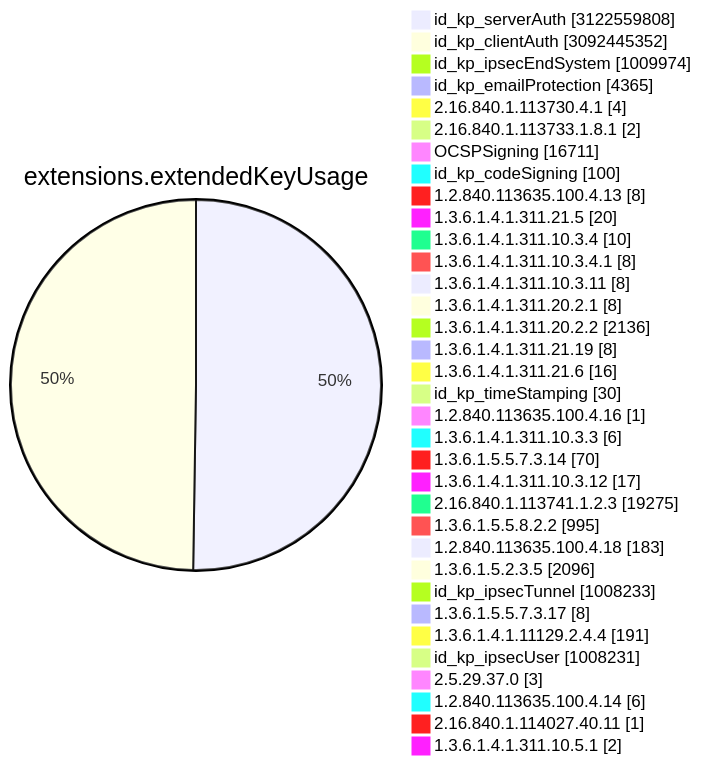
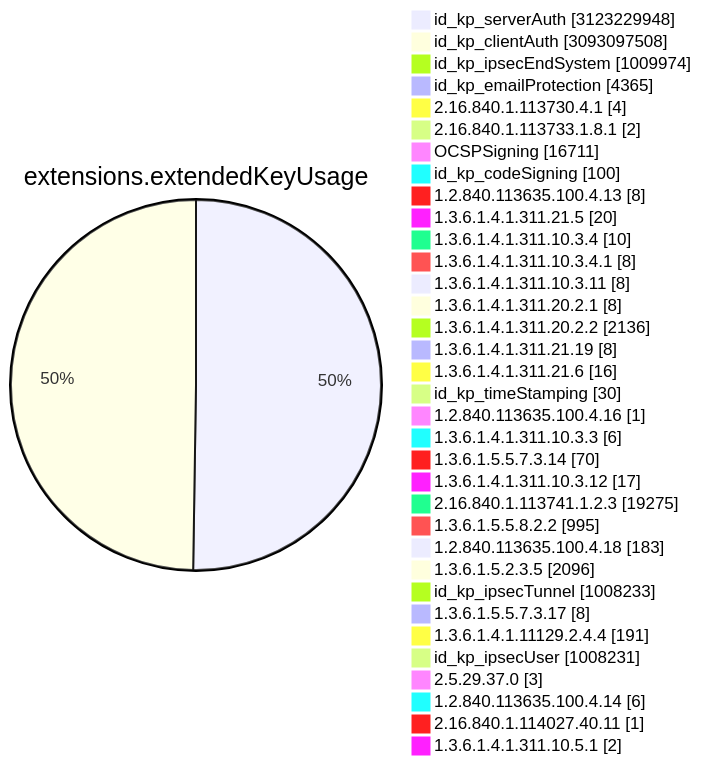
Before and after one commit to christiankrug/ctmonitor_visualization: diagram 11 of 15 in TOTAL/README.md, drawn with Mermaid. The commit also changed other lines of this file, not shown here.

````diff
--- a/TOTAL/README.md
+++ b/TOTAL/README.md
@@ -4117,38 +4117,38 @@
 ```mermaid
 pie showData
 title extensions.extendedKeyUsage
-"id_kp_serverAuth" :3122559808
-"id_kp_clientAuth" :3092445352
+"id_kp_serverAuth" :3123229948
+"id_kp_clientAuth" :3093097508
 "id_kp_ipsecEndSystem" :1009974
 "id_kp_emailProtection" :4365
 "2.16.840.1.113730.4.1" :4
 "2.16.840.1.113733.1.8.1" :2
 "OCSPSigning" :16711
 "id_kp_codeSigning" :100
 "1.2.840.113635.100.4.13" :8
 "1.3.6.1.4.1.311.21.5" :20
 "1.3.6.1.4.1.311.10.3.4" :10
 "1.3.6.1.4.1.311.10.3.4.1" :8
 "1.3.6.1.4.1.311.10.3.11" :8
 "1.3.6.1.4.1.311.20.2.1" :8
 "1.3.6.1.4.1.311.20.2.2" :2136
 "1.3.6.1.4.1.311.21.19" :8
 "1.3.6.1.4.1.311.21.6" :16
 "id_kp_timeStamping" :30
 "1.2.840.113635.100.4.16" :1
 "1.3.6.1.4.1.311.10.3.3" :6
 "1.3.6.1.5.5.7.3.14" :70
 "1.3.6.1.4.1.311.10.3.12" :17
 "2.16.840.1.113741.1.2.3" :19275
 "1.3.6.1.5.5.8.2.2" :995
 "1.2.840.113635.100.4.18" :183
 "1.3.6.1.5.2.3.5" :2096
 "id_kp_ipsecTunnel" :1008233
 "1.3.6.1.5.5.7.3.17" :8
 "1.3.6.1.4.1.11129.2.4.4" :191
 "id_kp_ipsecUser" :1008231
 "2.5.29.37.0" :3
 "1.2.840.113635.100.4.14" :6
 "2.16.840.1.114027.40.11" :1
 "1.3.6.1.4.1.311.10.5.1" :2
 ```
````
